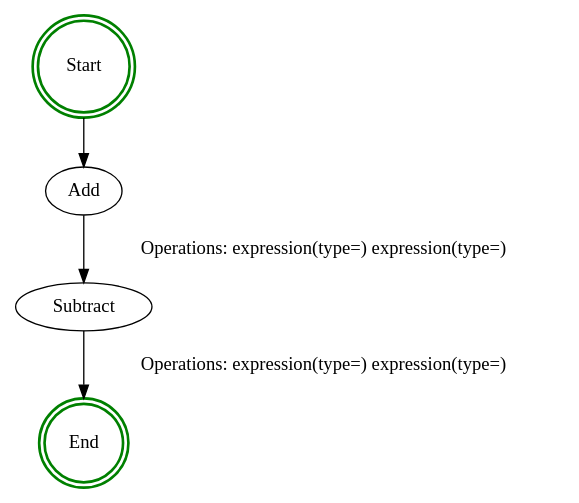
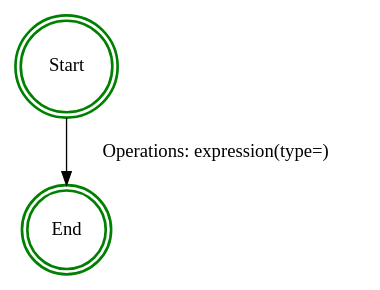
The diagram in graph_sruct.dot (LiyuZer/Automa), drawn with Graphviz before and after one commit. The commit also changed 22 other files, not shown here.

```diff
--- a/graph_sruct.dot
+++ b/graph_sruct.dot
@@ -1,7 +1,5 @@
 digraph G {
     "End" [shape=doublecircle, color=green, style=bold];
     "Start" [shape=doublecircle, color=green, style=bold];
-    "Subtract" -> "End" [label="Operations: expression(type=) expression(type=) "];
-    "Add" -> "Subtract" [label="Operations: expression(type=) expression(type=) "];
-    "Start" -> "Add";
+    "Start" -> "End" [label="Operations: expression(type=) "];
 }
```
